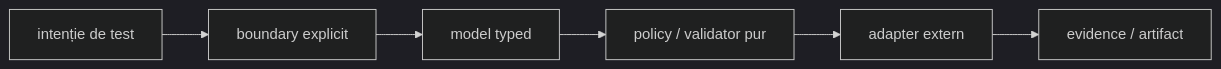
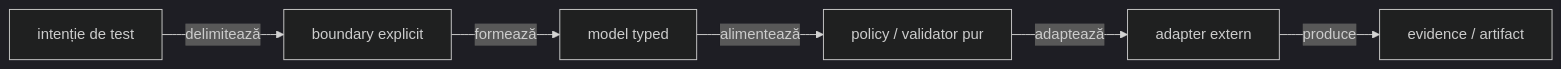
Before and after one commit to crististefanita/demo2: the first of 2 diagrams in docs/README_Atf_CodeBestPractices.md, drawn with Mermaid (dark theme). The commit also changed other lines of this file and 52 other files, not shown here.

````diff
--- a/docs/README_Atf_CodeBestPractices.md
+++ b/docs/README_Atf_CodeBestPractices.md
@@ -12,8 +12,8 @@
 ```mermaid
 flowchart LR
-    Intent[intenție de test] --> Boundary[boundary explicit]
-    Boundary --> Model[model typed]
-    Model --> Policy[policy / validator pur]
-    Policy --> Adapter[adapter extern]
-    Adapter --> Evidence[evidence / artifact]
+    Intent[intenție de test] -->|delimitează| Boundary[boundary explicit]
+    Boundary -->|formează| Model[model typed]
+    Model -->|alimentează| Policy[policy / validator pur]
+    Policy -->|adaptează| Adapter[adapter extern]
+    Adapter -->|produce| Evidence[evidence / artifact]
 ```
````
